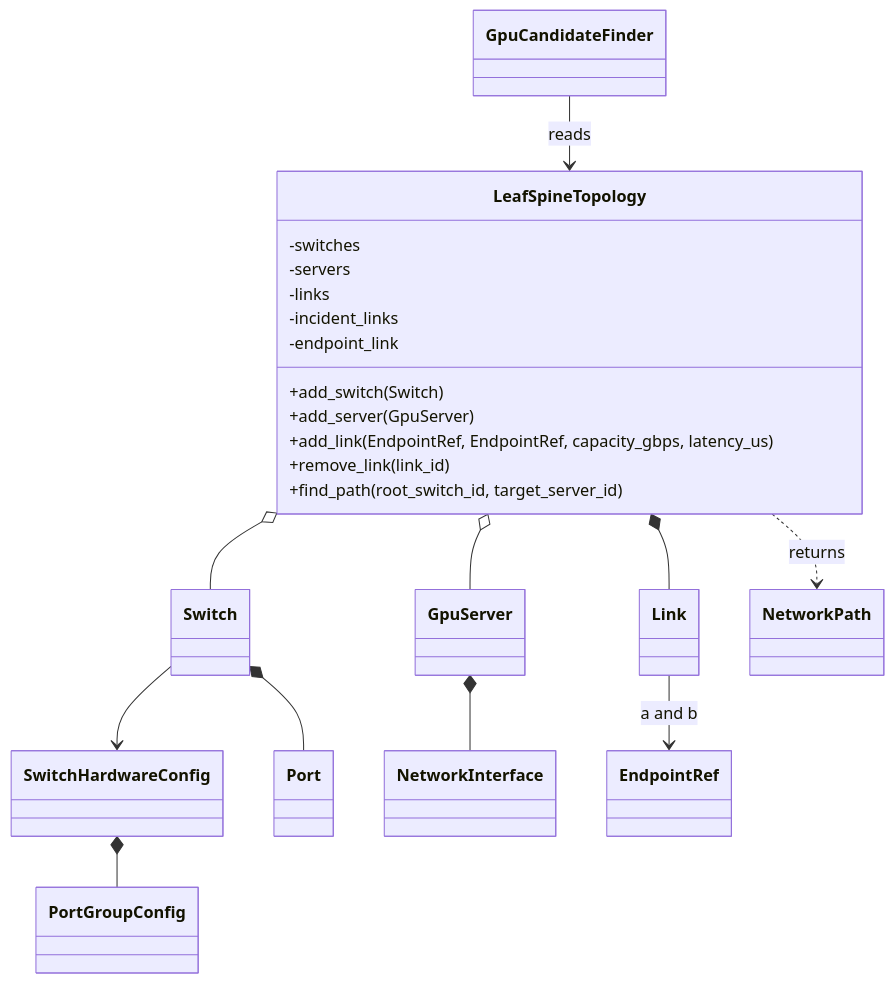
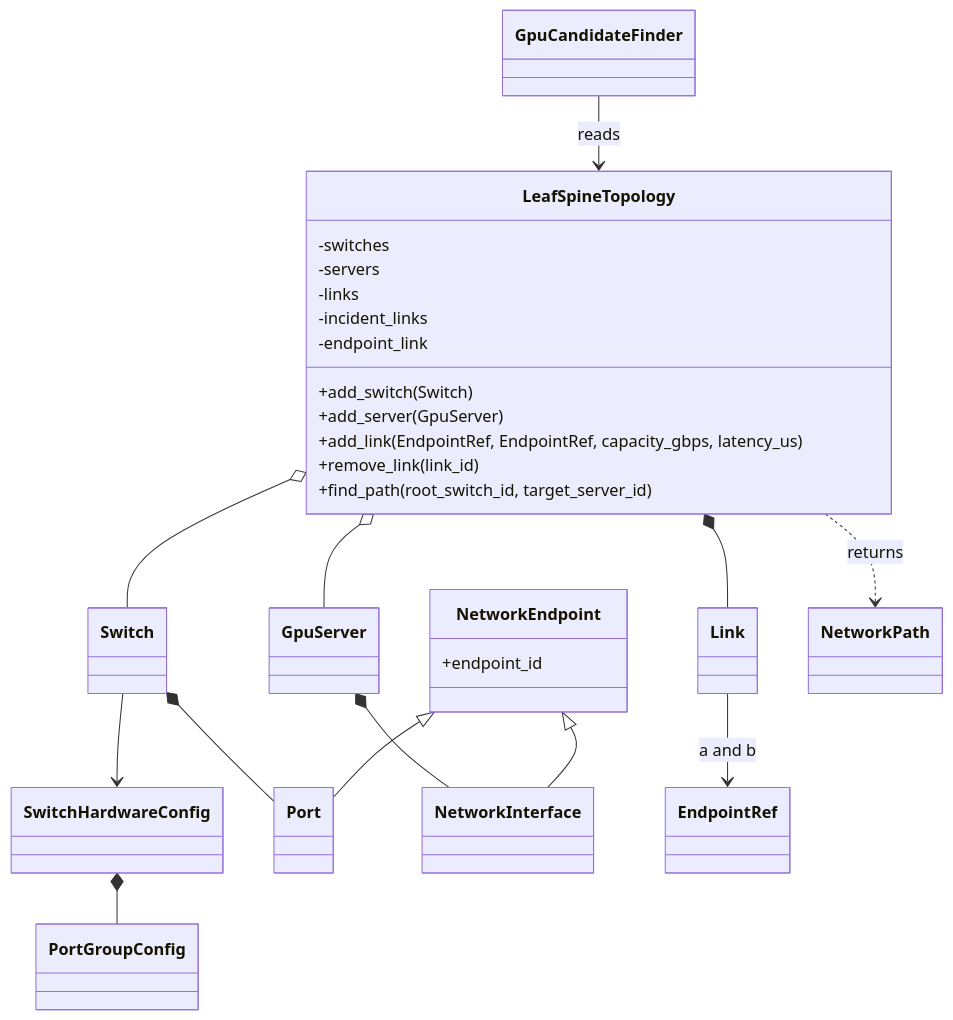
Before and after one commit to labo-man002/job-scheduler: the diagram in docs/gpu-leaf-spine.md, drawn with Mermaid. The commit also changed other lines of this file and 4 other files, not shown here.

Commit message:
update architecture like in design

````diff
--- a/docs/gpu-leaf-spine.md
+++ b/docs/gpu-leaf-spine.md
@@ -10,35 +10,40 @@
 ```mermaid
 classDiagram
   class LeafSpineTopology {
     -switches
     -servers
     -links
     -incident_links
     -endpoint_link
     +add_switch(Switch)
     +add_server(GpuServer)
     +add_link(EndpointRef, EndpointRef, capacity_gbps, latency_us)
     +remove_link(link_id)
     +find_path(root_switch_id, target_server_id)
   }
   class SwitchHardwareConfig
   class PortGroupConfig
   class Switch
   class Port
   class GpuServer
+  class NetworkEndpoint {
+    +endpoint_id
+  }
   class NetworkInterface
   class Link
   class EndpointRef
   class NetworkPath
   class GpuCandidateFinder
   SwitchHardwareConfig *-- PortGroupConfig
   Switch --> SwitchHardwareConfig
   Switch *-- Port
   GpuServer *-- NetworkInterface
+  NetworkEndpoint <|-- Port
+  NetworkEndpoint <|-- NetworkInterface
   LeafSpineTopology o-- Switch
   LeafSpineTopology o-- GpuServer
   LeafSpineTopology *-- Link
   Link --> EndpointRef : a and b
   GpuCandidateFinder --> LeafSpineTopology : reads
   LeafSpineTopology ..> NetworkPath : returns
 ```
````
